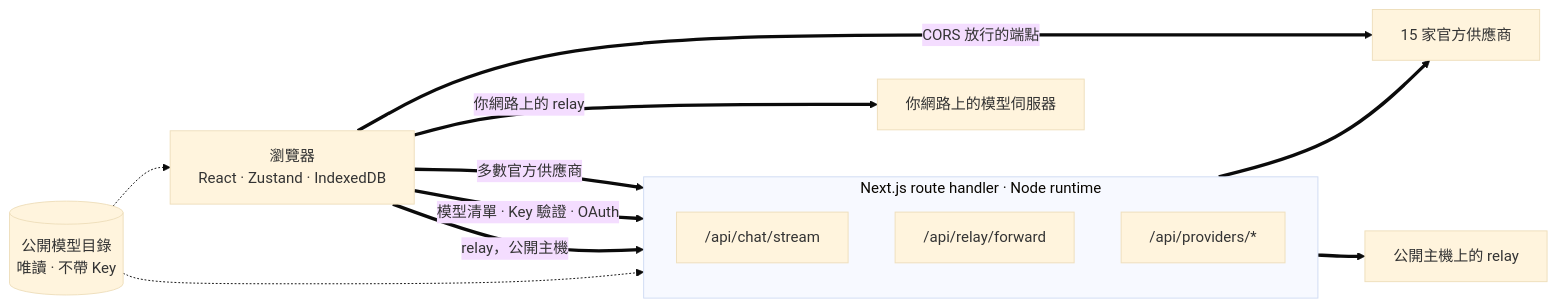
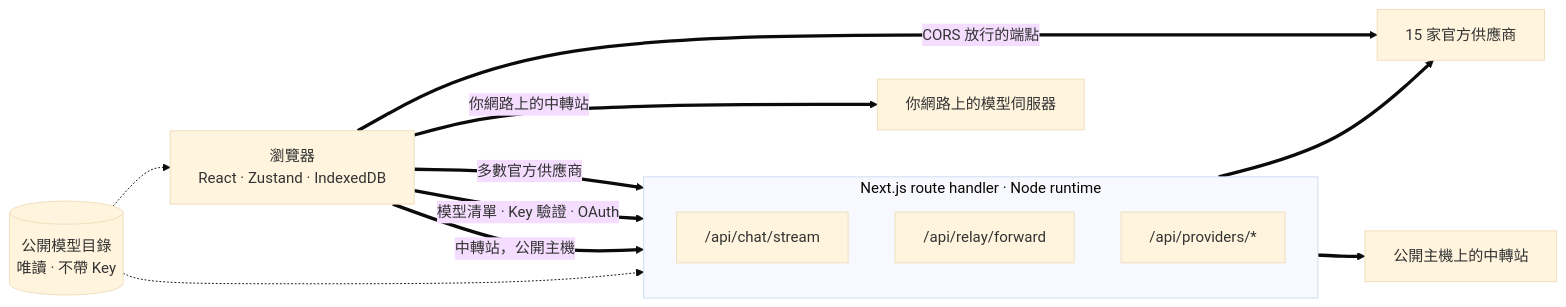
One commit to oriveo/oriveo changed the first of 2 diagrams in readme_i18n/zh-Hant/web.md. Above: the diagram before and after it, drawn with Mermaid (base theme). The commit also changed other lines of this file and 89 other files, not shown here.

````diff
--- a/readme_i18n/zh-Hant/web.md
+++ b/readme_i18n/zh-Hant/web.md
@@ -58,24 +59,24 @@
 ```mermaid
 flowchart LR
     browser["瀏覽器<br/>React · Zustand · IndexedDB"]
 
     subgraph server ["Next.js route handler · Node runtime"]
         direction TB
         chat["/api/chat/stream"]
         fwd["/api/relay/forward"]
         prov["/api/providers/*"]
     end
 
     official["15 家官方供應商"]
-    pubrelay["公開主機上的 relay"]
+    pubrelay["公開主機上的中轉站"]
     lan["你網路上的模型伺服器"]
     catalog[("公開模型目錄<br/>唯讀 · 不帶 Key")]
 
     browser ==>|"多數官方供應商"| chat ==> official
     browser ==>|"模型清單 · Key 驗證 · OAuth"| prov
-    browser ==>|"relay，公開主機"| fwd ==> pubrelay
-    browser ==>|"你網路上的 relay"| lan
+    browser ==>|"中轉站，公開主機"| fwd ==> pubrelay
+    browser ==>|"你網路上的中轉站"| lan
     browser ==>|"CORS 放行的端點"| official
     catalog -.-> browser
     catalog -.-> chat
 ```
````
